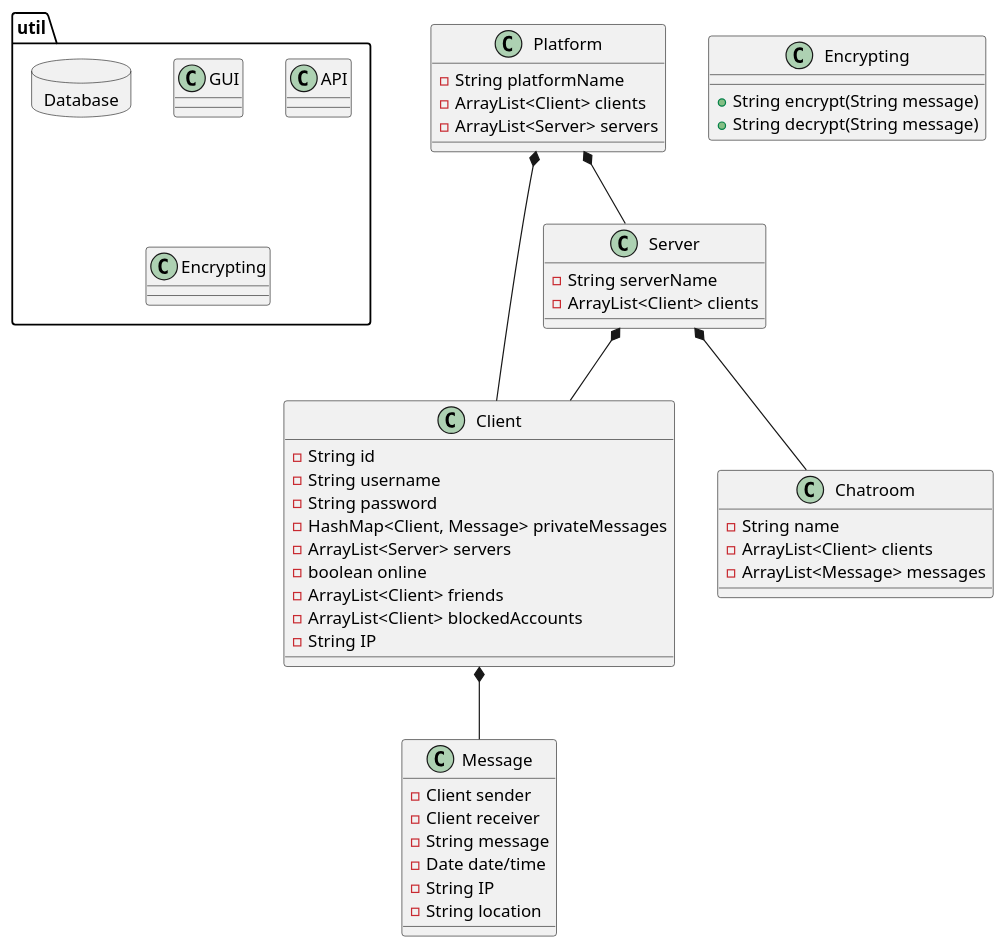
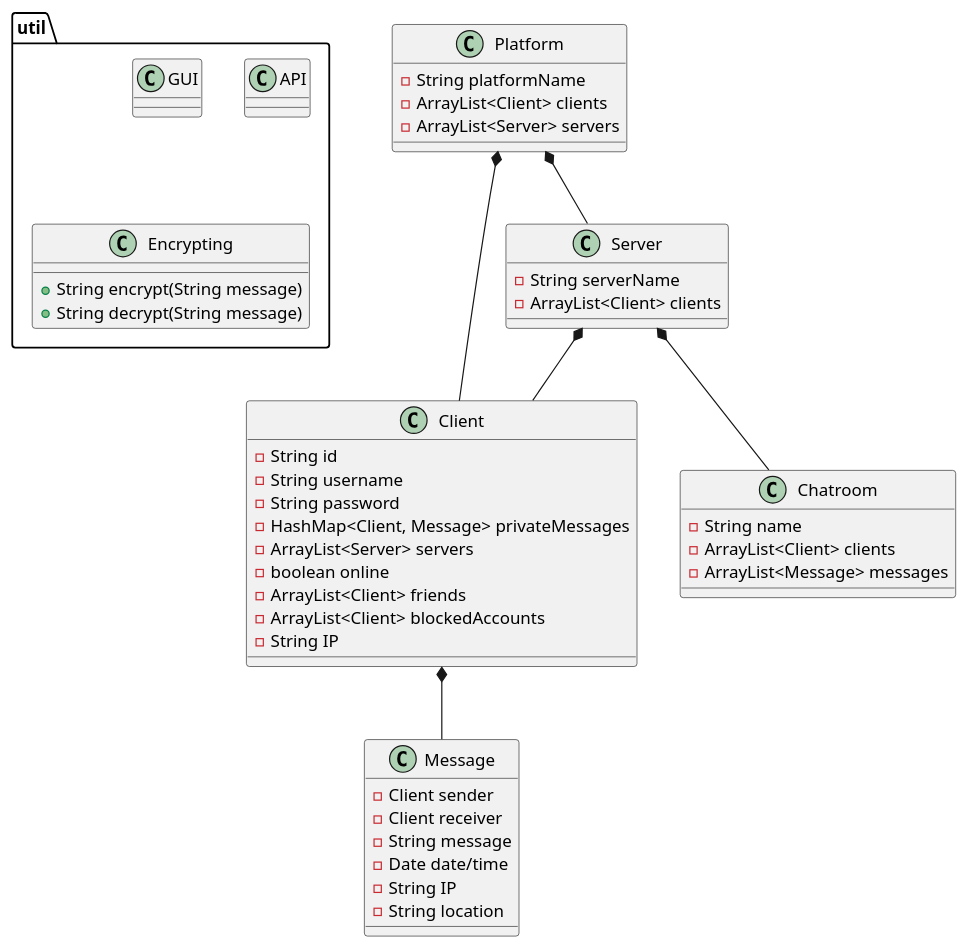
The diagram in src/main/java/ICE/doc/classdiagram.puml (Styrse/ICE), drawn with PlantUML before and after one commit.

Commit message:
Updated classdiagram

```diff
--- a/src/main/java/ICE/doc/classdiagram.puml
+++ b/src/main/java/ICE/doc/classdiagram.puml
@@ -1,62 +1,59 @@
 @startuml
 class Platform{
 - String platformName
 - ArrayList<Client> clients
 - ArrayList<Server> servers
 }
 
 class Server{
 - String serverName
 - ArrayList<Client> clients
 }
 
 class Client{
 - String id
 - String username
 - String password
 - HashMap<Client, Message> privateMessages
 - ArrayList<Server> servers
 - boolean online
 - ArrayList<Client> friends
 - ArrayList<Client> blockedAccounts
 - String IP
 }
 
 class Chatroom{
 - String name
 - ArrayList<Client> clients
 - ArrayList<Message> messages
 }
 
 class Message{
 - Client sender
 - Client receiver
 - String message
 - Date date/time
 - String IP
 - String location
 }
 
-class Encrypting{
-+ String encrypt(String message)
-+ String decrypt(String message)
-}
-
 Platform *-- Server
 Platform *-- Client
 
 Client *-- Message
 
 Server *-- Client
 Server *-- Chatroom
 
 package util{
 class GUI
 class API
 class Encrypting
-database Database{
+class Encrypting{
++ String encrypt(String message)
++ String decrypt(String message)
 }
 
 }
 
 @enduml
```
